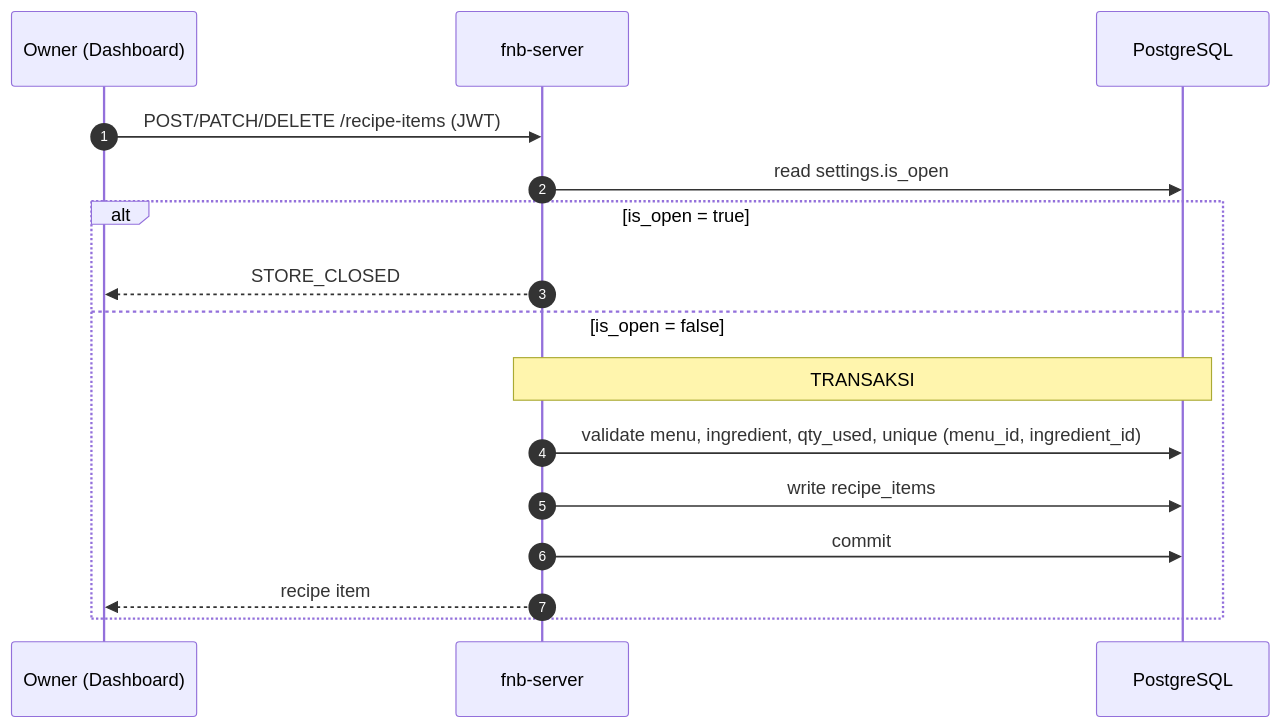
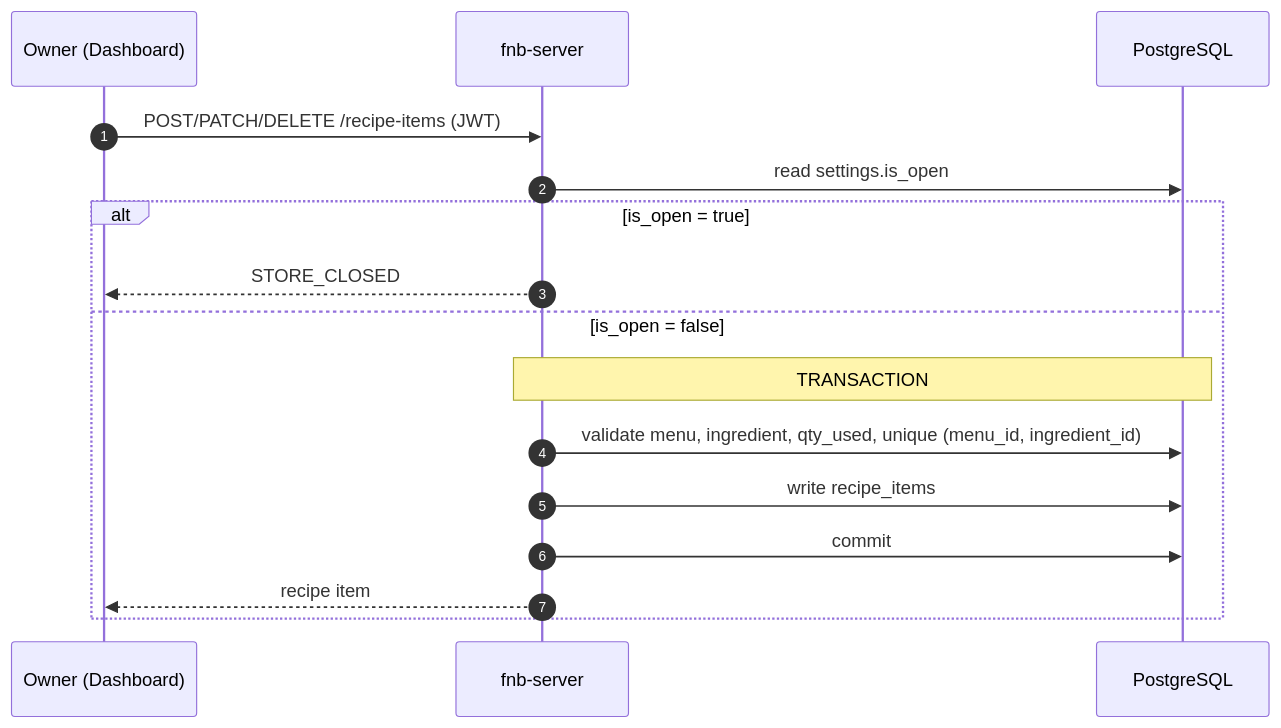
Before and after one commit to darmawandoni6/fnb-app: the eighth of 12 diagrams in docs/flow.md, drawn with Mermaid. The commit also changed other lines of this file and 17 other files, not shown here.

````diff
--- a/docs/flow.md
+++ b/docs/flow.md
@@ -166,19 +228,19 @@
 ```mermaid
 sequenceDiagram
     autonumber
     participant O as Owner (Dashboard)
     participant API as fnb-server
     participant DB as PostgreSQL
 
     O->>API: POST/PATCH/DELETE /recipe-items (JWT)
     API->>DB: read settings.is_open
     alt is_open = true
         API-->>O: STORE_CLOSED
     else is_open = false
-        Note over API,DB: TRANSAKSI
+        Note over API,DB: TRANSACTION
         API->>DB: validate menu, ingredient, qty_used, unique (menu_id, ingredient_id)
         API->>DB: write recipe_items
         API->>DB: commit
         API-->>O: recipe item
     end
 ```
````
